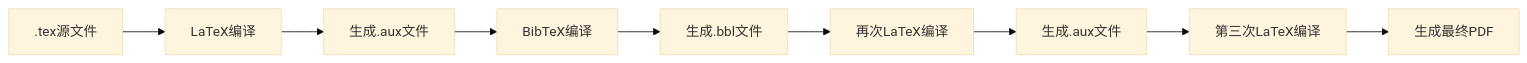
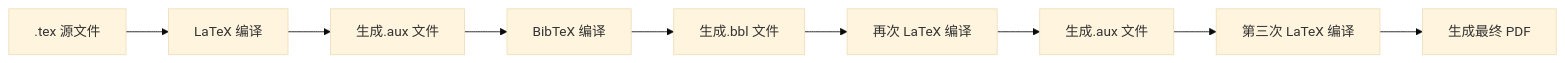
One commit to Tianshang301/TianshangKnowledgeBase changed the diagram in 00_KnowledgeFramework/BibTeX/BibTeX安装与使用.md. Above: the diagram before and after it, drawn with Mermaid (base theme). The commit also changed other lines of this file and 2257 other files, not shown here.

````diff
--- a/00_KnowledgeFramework/BibTeX/BibTeX安装与使用.md
+++ b/00_KnowledgeFramework/BibTeX/BibTeX安装与使用.md
@@ -27,11 +27,11 @@
 ```mermaid
 flowchart LR
-    A[.tex源文件] --> B[LaTeX编译]
-    B --> C[生成.aux文件]
-    C --> D[BibTeX编译]
-    D --> E[生成.bbl文件]
-    E --> F[再次LaTeX编译]
-    F --> G[生成.aux文件]
-    G --> H[第三次LaTeX编译]
-    H --> I[生成最终PDF]
+    A[.tex 源文件] --> B[LaTeX 编译]
+    B --> C[生成.aux 文件]
+    C --> D[BibTeX 编译]
+    D --> E[生成.bbl 文件]
+    E --> F[再次 LaTeX 编译]
+    F --> G[生成.aux 文件]
+    G --> H[第三次 LaTeX 编译]
+    H --> I[生成最终 PDF]
 ```
````
